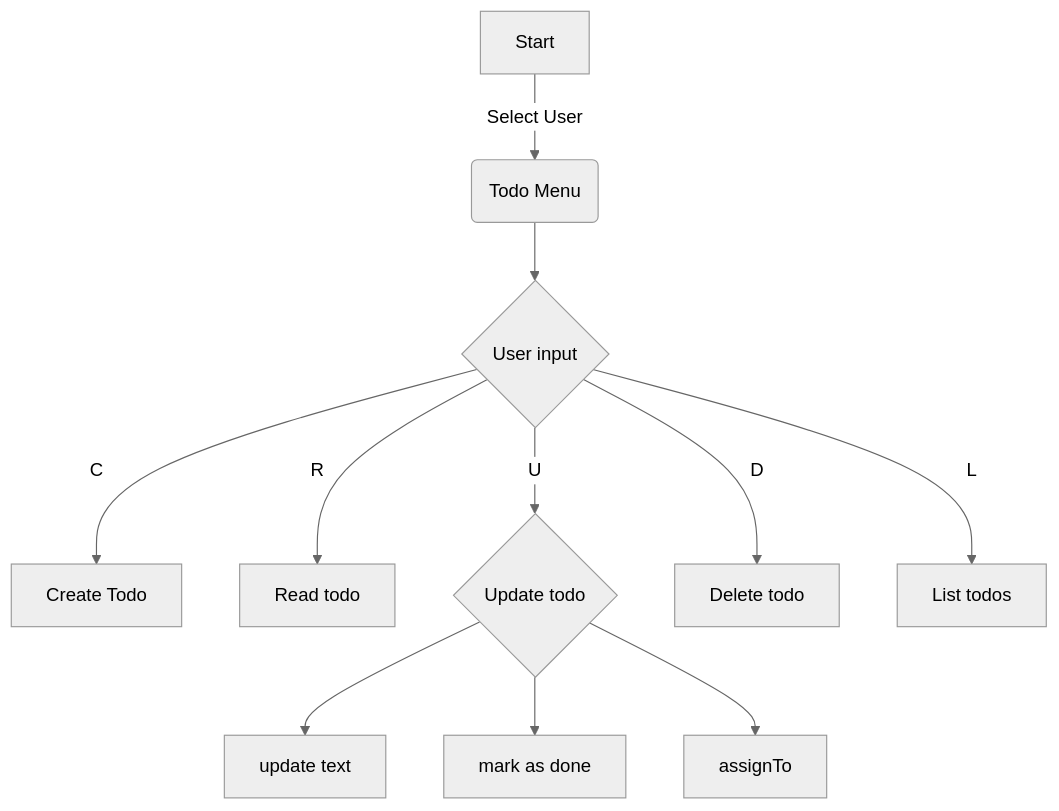
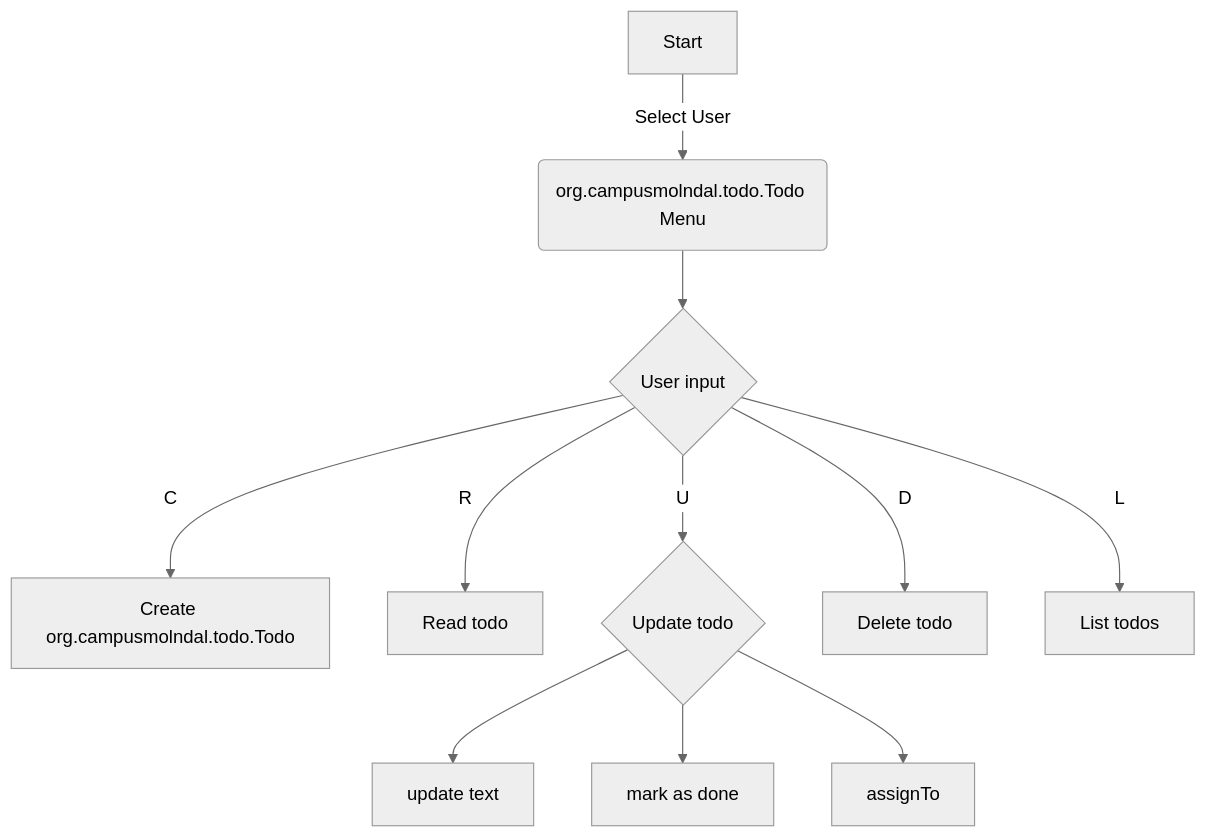
The first of 2 diagrams in UserFlow.md (Campus-Molndal-JIN23/todolist-Bremmster), drawn with Mermaid (neutral theme) before and after one commit. The commit also changed 13 other files, not shown here.

````diff
--- a/UserFlow.md
+++ b/UserFlow.md
@@ -1,13 +1,13 @@
 ``` mermaid
 flowchart TD
-    A[Start] -->|Select User| B(Todo Menu)
+    A[Start] -->|Select User| B(org.campusmolndal.todo.Todo Menu)
     B -->C{User input}
-    C -->|C| D[Create Todo]
+    C -->|C| D[Create org.campusmolndal.todo.Todo]
     C -->|R| E[Read todo]
     C -->|U| F{Update todo}
     F --> F1[update text]
     F --> F2[mark as done]
     F --> F3[assignTo]
     C --> |D|G[Delete todo]
     C --> |L|H[List todos]
 ```
````
